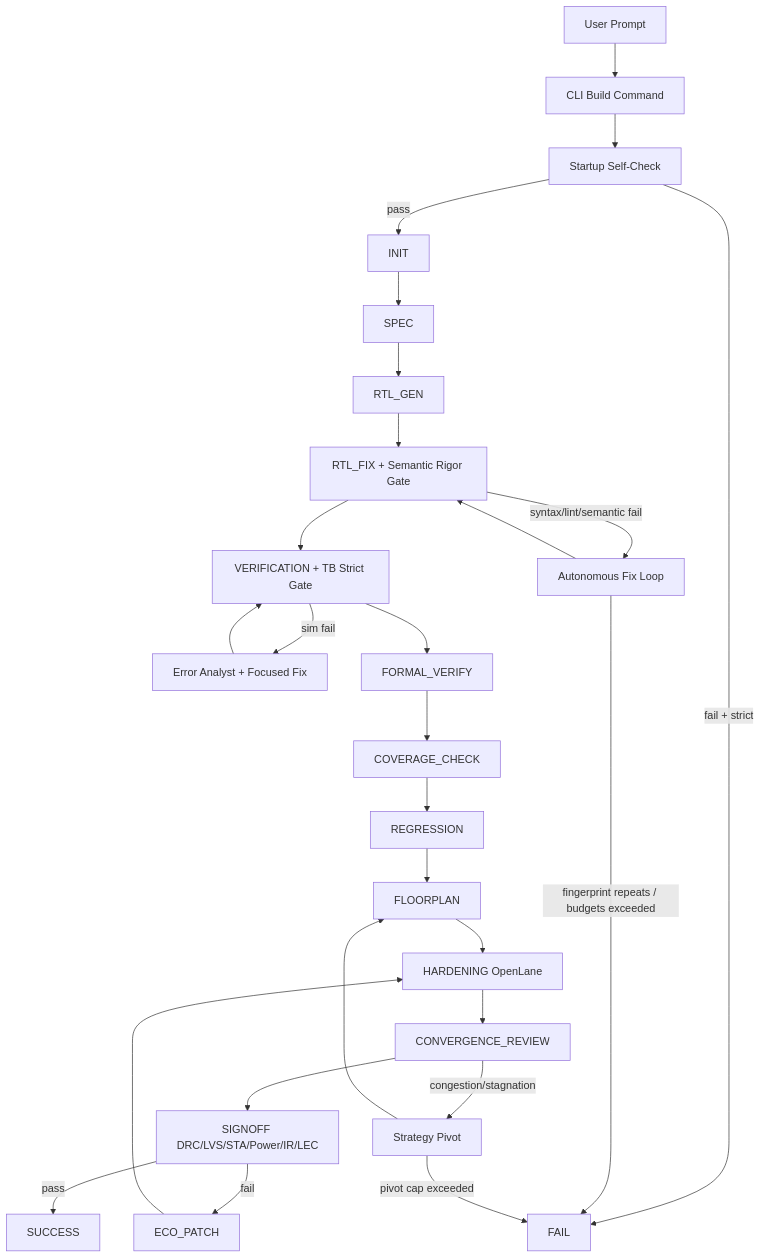
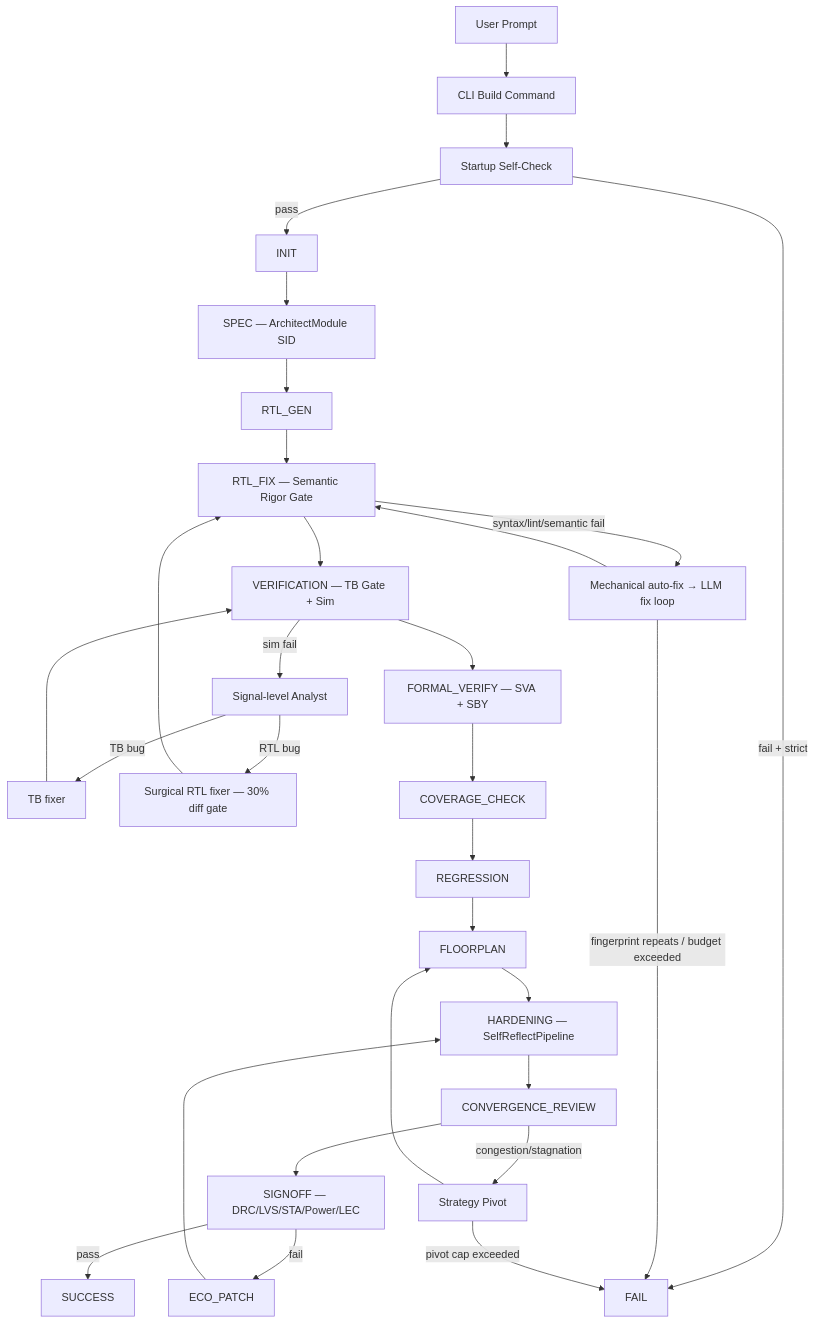
The diagram in README.md (Vickyrrrrrr/AgentIC), drawn with Mermaid before and after one commit. The commit also changed other lines of this file, not shown here.

Commit message:
docs: update README with core module status, session 7-8 fixes, and clean architecture

````diff
--- a/README.md
+++ b/README.md
@@ -134,38 +132,37 @@
 ```mermaid
 flowchart TD
     U[User Prompt] --> CLI[CLI Build Command]
     CLI --> SC[Startup Self-Check]
     SC -->|pass| INIT[INIT]
     SC -->|fail + strict| FAIL[FAIL]
 
-    INIT --> SPEC[SPEC]
+    INIT --> SPEC[SPEC — ArchitectModule SID]
     SPEC --> RTLGEN[RTL_GEN]
-    RTLGEN --> RIGOR[RTL_FIX + Semantic Rigor Gate]
+    RTLGEN --> RIGOR[RTL_FIX — Semantic Rigor Gate]
 
-    RIGOR -->|syntax/lint/semantic fail| FIXLOOP[Autonomous Fix Loop]
+    RIGOR -->|syntax/lint/semantic fail| FIXLOOP[Mechanical auto-fix → LLM fix loop]
     FIXLOOP --> RIGOR
 
-    RIGOR --> VERIF[VERIFICATION + TB Strict Gate]
-    VERIF -->|sim fail| ANALYZE[Error Analyst + Focused Fix]
-    ANALYZE --> VERIF
+    RIGOR --> VERIF[VERIFICATION — TB Gate + Sim]
+    VERIF -->|sim fail| ANALYZE[Signal-level Analyst]
+    ANALYZE -->|TB bug| TBFIX[TB fixer]
+    ANALYZE -->|RTL bug| RTLFIX[Surgical RTL fixer — 30% diff gate]
+    RTLFIX --> RIGOR
+    TBFIX --> VERIF
 
-    VERIF --> FORMAL[FORMAL_VERIFY]
+    VERIF --> FORMAL[FORMAL_VERIFY — SVA + SBY]
     FORMAL --> COV[COVERAGE_CHECK]
     COV --> REG[REGRESSION]
-
     REG --> FLOOR[FLOORPLAN]
-    FLOOR --> HARDEN[HARDENING OpenLane]
+    FLOOR --> HARDEN[HARDENING — SelfReflectPipeline]
     HARDEN --> CONV[CONVERGENCE_REVIEW]
-
     CONV -->|congestion/stagnation| PIVOT[Strategy Pivot]
     PIVOT --> FLOOR
-
-    CONV --> SIGN[SIGNOFF DRC/LVS/STA/Power/IR/LEC]
+    CONV --> SIGN[SIGNOFF — DRC/LVS/STA/Power/LEC]
     SIGN -->|fail| ECO[ECO_PATCH]
     ECO --> HARDEN
-
     SIGN -->|pass| OK[SUCCESS]
 
-    FIXLOOP -->|fingerprint repeats / budgets exceeded| FAIL
+    FIXLOOP -->|fingerprint repeats / budget exceeded| FAIL
     PIVOT -->|pivot cap exceeded| FAIL
 ```
````
